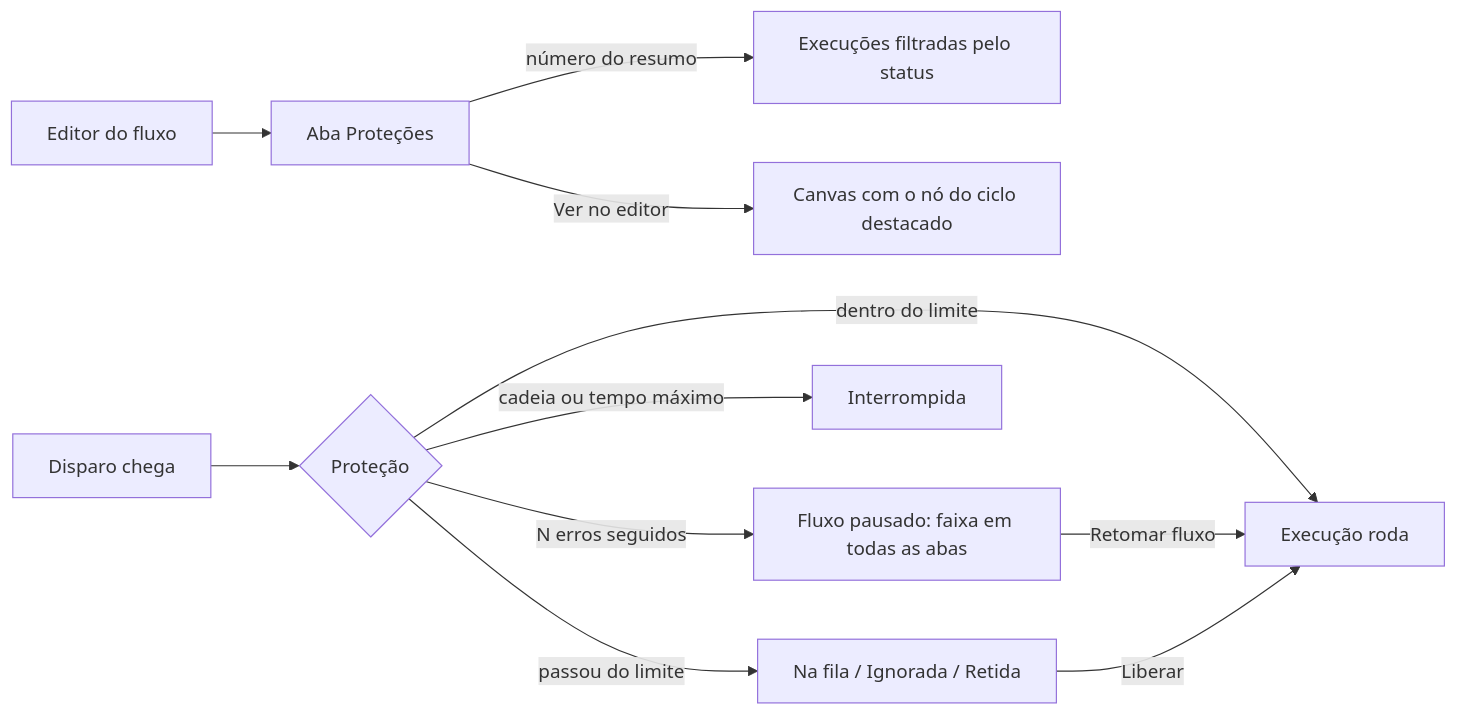
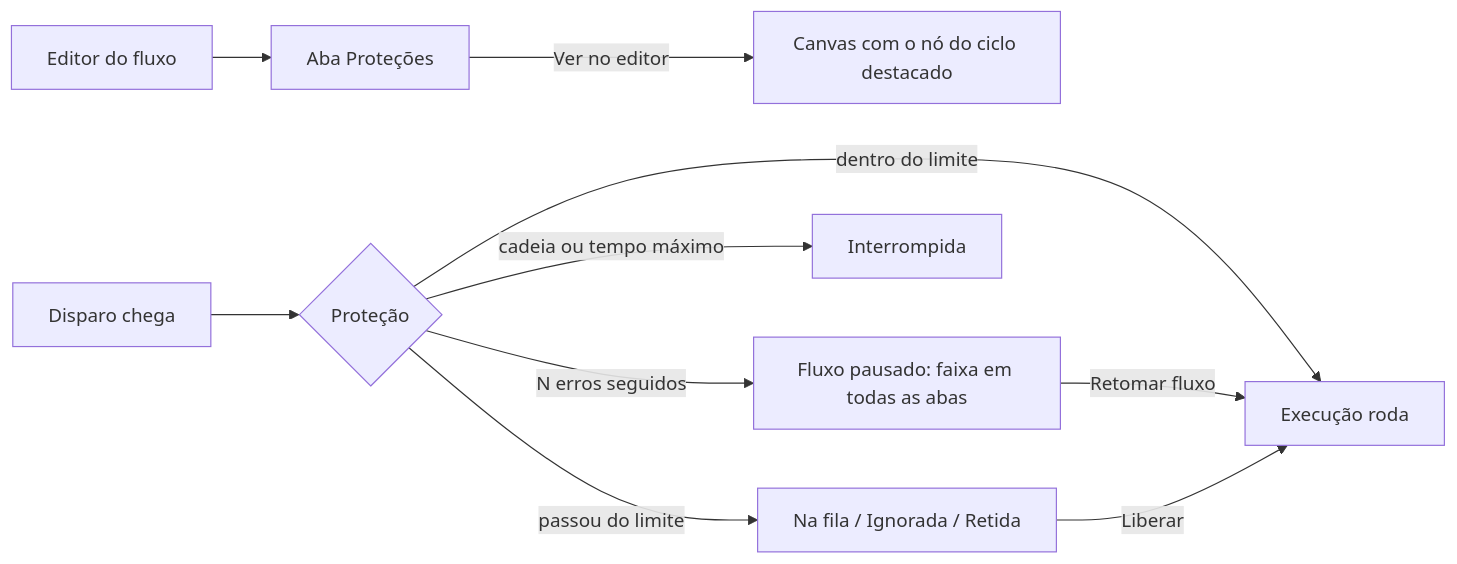
One commit to pernalombr4/prototipos changed the diagram in app/pages/protecoes-do-spaceflow/DECISOES.md. Above: the diagram before and after it, drawn with Mermaid. The commit also changed other lines of this file and 9 other files, not shown here.

````diff
--- a/app/pages/protecoes-do-spaceflow/DECISOES.md
+++ b/app/pages/protecoes-do-spaceflow/DECISOES.md
@@ -14,13 +14,12 @@
 ```mermaid
 flowchart LR
     A["Editor do fluxo"] --> B["Aba Proteções"]
-    B -->|"número do resumo"| C["Execuções filtradas pelo status"]
     B -->|"Ver no editor"| D["Canvas com o nó do ciclo destacado"]
     E["Disparo chega"] --> F{"Proteção"}
     F -->|"dentro do limite"| G["Execução roda"]
     F -->|"passou do limite"| H["Na fila / Ignorada / Retida"]
     F -->|"cadeia ou tempo máximo"| I["Interrompida"]
     F -->|"N erros seguidos"| J["Fluxo pausado: faixa em todas as abas"]
     J -->|"Retomar fluxo"| G
     H -->|"Liberar"| G
 ```
````
